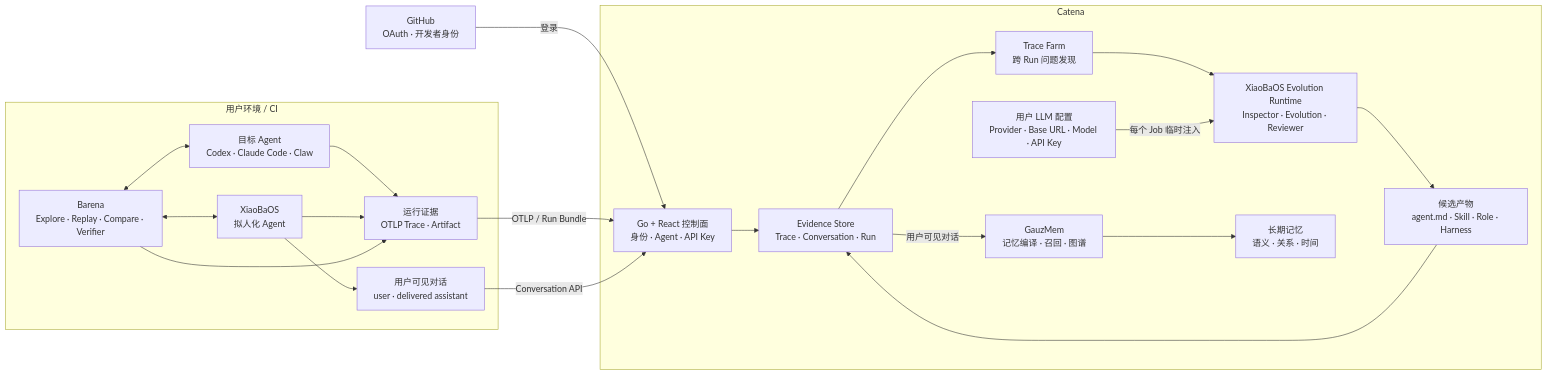
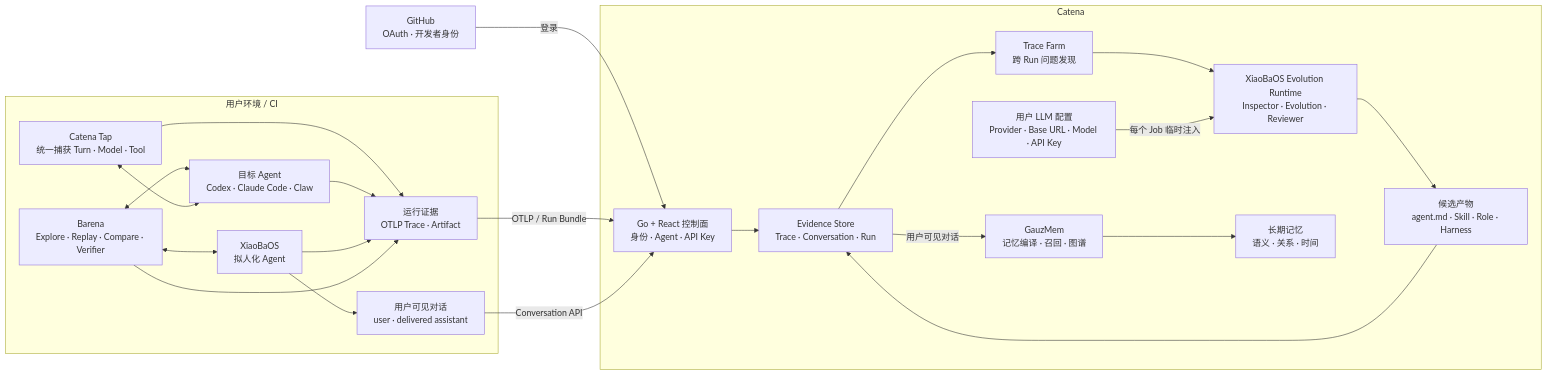
Before and after one commit to fightheyyy/CATENA: the diagram in README.md, drawn with Mermaid. The commit also changed other lines of this file and 20 other files, not shown here.

````diff
--- a/README.md
+++ b/README.md
@@ -34,39 +34,42 @@
 ```mermaid
 flowchart LR
     GitHub["GitHub<br/>OAuth · 开发者身份"] -->|"登录"| Core
 
     subgraph Edge["用户环境 / CI"]
+        Tap["Catena Tap<br/>统一捕获 Turn · Model · Tool"]
         Agent["目标 Agent<br/>Codex · Claude Code · Claw"]
         XiaoBa["XiaoBaOS<br/>拟人化 Agent"]
         Barena["Barena<br/>Explore · Replay · Compare · Verifier"]
         Trace["运行证据<br/>OTLP Trace · Artifact"]
         Conversation["用户可见对话<br/>user · delivered assistant"]
 
         Barena <--> Agent
         Barena <--> XiaoBa
+        Tap <--> Agent
+        Tap --> Trace
         Agent --> Trace
         XiaoBa --> Trace
         XiaoBa --> Conversation
         Barena --> Trace
     end
 
     subgraph Cloud["Catena"]
         Core["Go + React 控制面<br/>身份 · Agent · API Key"]
         OwnerModel["用户 LLM 配置<br/>Provider · Base URL · Model · API Key"]
         Facts["Evidence Store<br/>Trace · Conversation · Run"]
         Farm["Trace Farm<br/>跨 Run 问题发现"]
         Runtime["XiaoBaOS Evolution Runtime<br/>Inspector · Evolution · Reviewer"]
         Assets["候选产物<br/>agent.md · Skill · Role · Harness"]
         GauzMem["GauzMem<br/>记忆编译 · 召回 · 图谱"]
         Memories["长期记忆<br/>语义 · 关系 · 时间"]
 
         Core --> Facts
         Facts --> Farm --> Runtime --> Assets
         OwnerModel -->|"每个 Job 临时注入"| Runtime
         Facts -->|"用户可见对话"| GauzMem --> Memories
         Assets --> Facts
     end
 
     Trace -->|"OTLP / Run Bundle"| Core
     Conversation -->|"Conversation API"| Core
 ```
````
